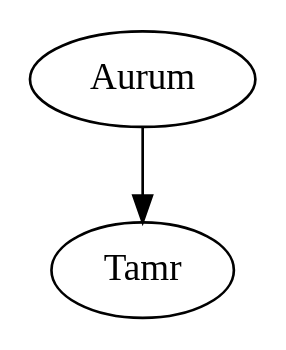
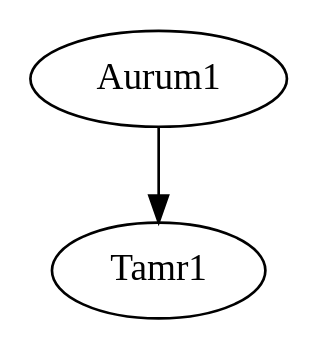
The diagram in workflow0.dot (jiaweitang0202/dcworkflow), drawn with Graphviz before and after one commit. The commit also changed 3 other files, not shown here.

```diff
--- a/workflow0.dot
+++ b/workflow0.dot
@@ -1,6 +1,6 @@
 digraph G {
 type=diagraph;
-Aurum;
-Tamr;
-Aurum -> Tamr;
+Aurum1;
+Tamr1;
+Aurum1 -> Tamr1;
 }
```
